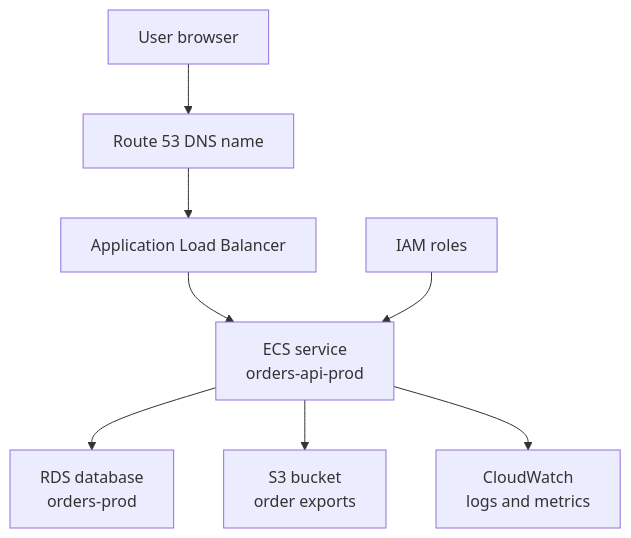
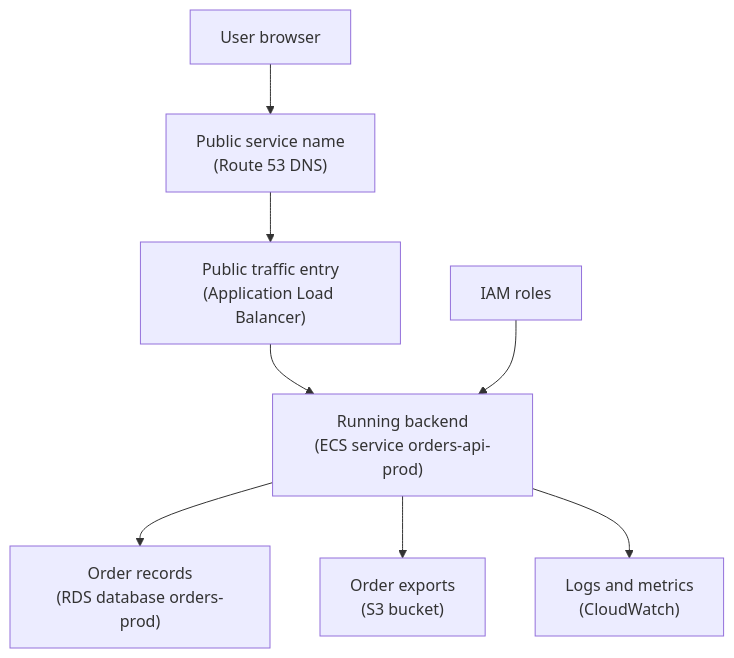
The second of 2 diagrams in cloud-providers/aws/foundations/aws-mental-model.md (senlinyy/dev-roadmaps), drawn with Mermaid before and after one commit. The commit also changed 89 other files, not shown here.

````diff
--- a/cloud-providers/aws/foundations/aws-mental-model.md
+++ b/cloud-providers/aws/foundations/aws-mental-model.md
@@ -421,10 +421,10 @@
 ```mermaid
 graph TD
-    USER["User browser"] --> DNS["Route 53 DNS name"]
-    DNS --> ALB["Application Load Balancer"]
-    ALB --> ECS["ECS service\norders-api-prod"]
-    ECS --> RDS["RDS database\norders-prod"]
-    ECS --> S3["S3 bucket\norder exports"]
-    ECS --> CW["CloudWatch\nlogs and metrics"]
+    USER["User browser"] --> DNS["Public service name<br/>(Route 53 DNS)"]
+    DNS --> ALB["Public traffic entry<br/>(Application Load Balancer)"]
+    ALB --> ECS["Running backend<br/>(ECS service orders-api-prod)"]
+    ECS --> RDS["Order records<br/>(RDS database orders-prod)"]
+    ECS --> S3["Order exports<br/>(S3 bucket)"]
+    ECS --> CW["Logs and metrics<br/>(CloudWatch)"]
     IAM["IAM roles"] --> ECS
 ```
````
